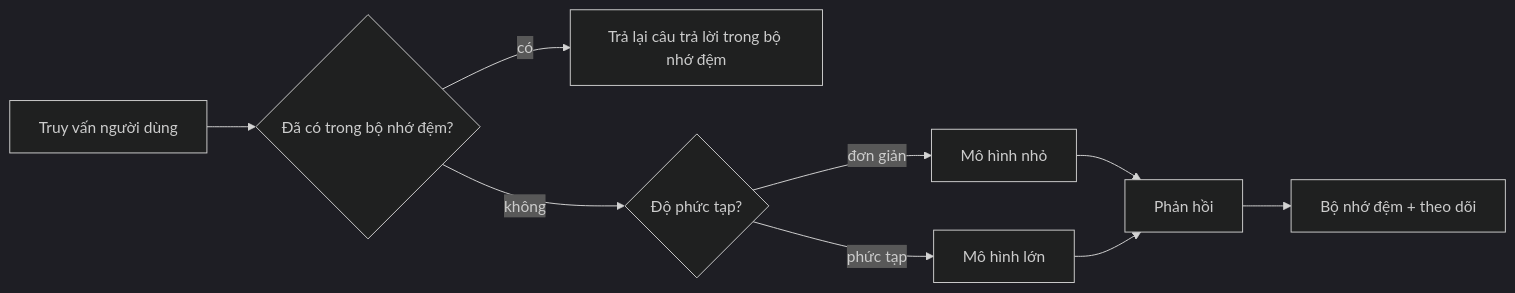
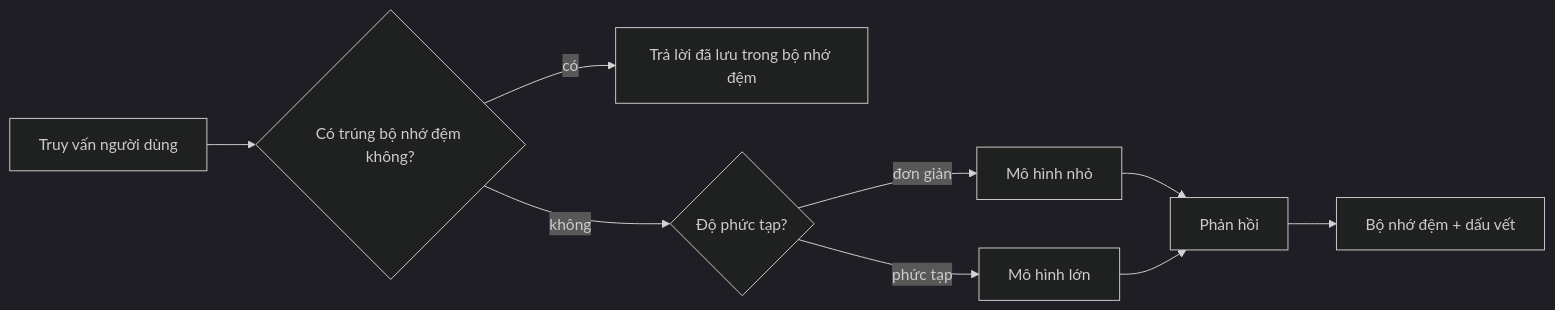
The third of 4 diagrams in translations/vi/16-deploying-scalable-agents/README.md (microsoft/ai-agents-for-beginners), drawn with Mermaid (dark theme) before and after one commit. The commit also changed other lines of this file and 47 other files, not shown here.

````diff
--- a/translations/vi/16-deploying-scalable-agents/README.md
+++ b/translations/vi/16-deploying-scalable-agents/README.md
@@ -134,11 +134,11 @@
 ```mermaid
 flowchart LR
-    Q[Truy vấn người dùng] --> C{Đã có trong bộ nhớ đệm?}
-    C -->|có| R[Trả lại câu trả lời trong bộ nhớ đệm]
+    Q[Truy vấn người dùng] --> C{Có trúng bộ nhớ đệm không?}
+    C -->|có| R[Trả lời đã lưu trong bộ nhớ đệm]
     C -->|không| Router{Độ phức tạp?}
     Router -->|đơn giản| SLM[Mô hình nhỏ]
     Router -->|phức tạp| LLM[Mô hình lớn]
     SLM --> Out[Phản hồi]
     LLM --> Out
-    Out --> Store[Bộ nhớ đệm + theo dõi]
+    Out --> Store[Bộ nhớ đệm + dấu vết]
 ```
````
